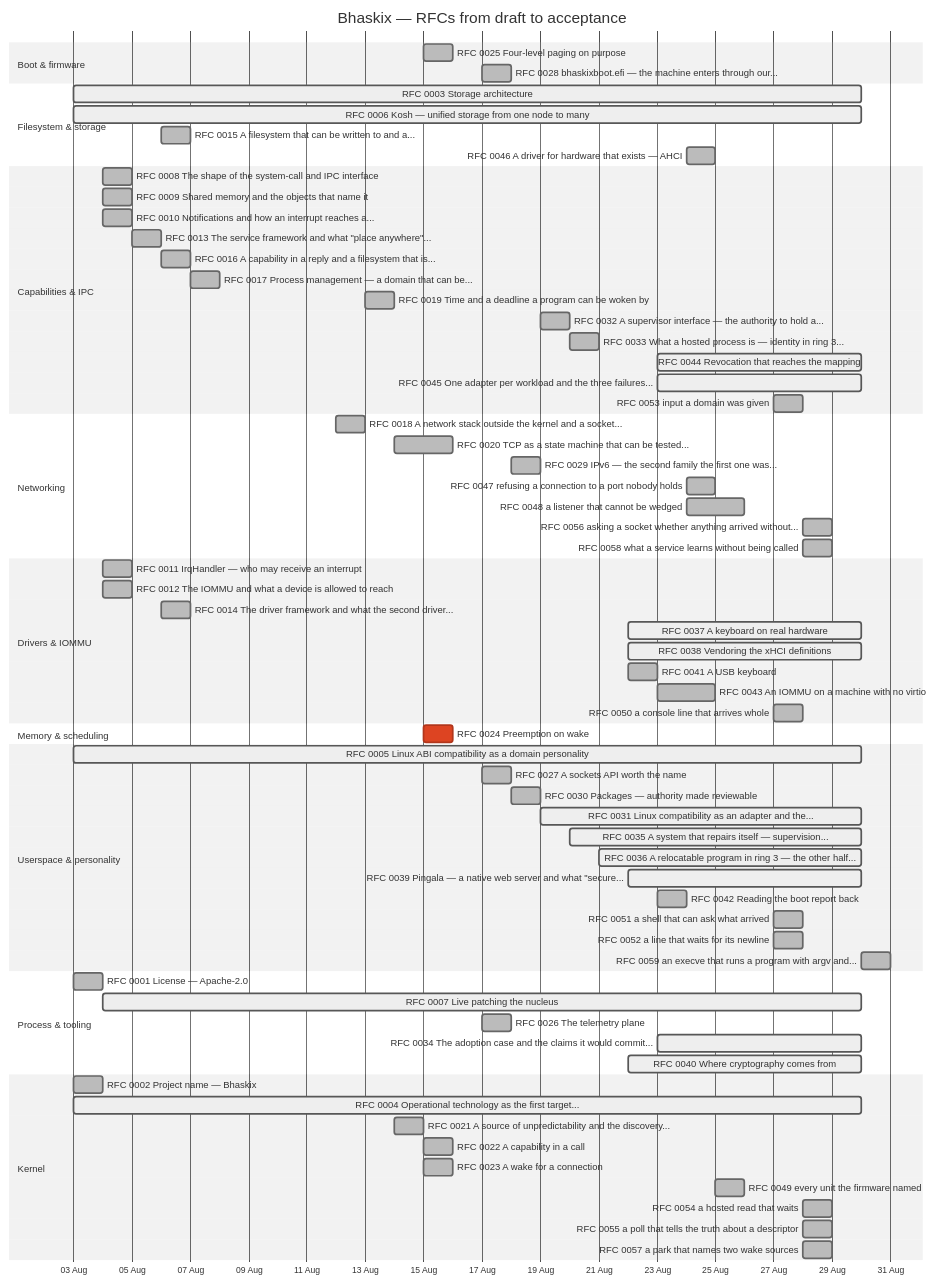
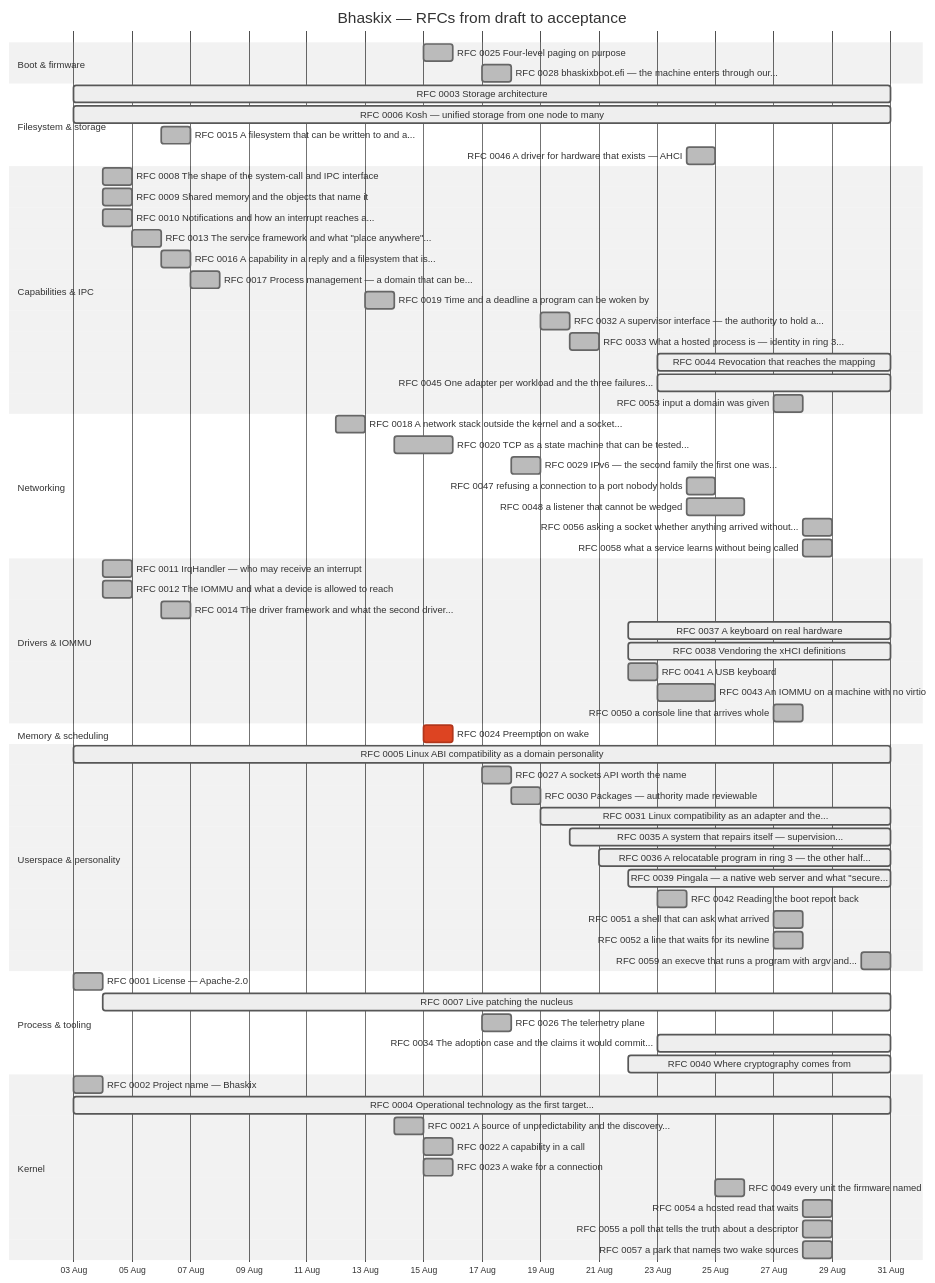
Before and after one commit to bhaskix/bhaskix: the diagram in docs/progress.md, drawn with Mermaid (neutral theme). The commit also changed other lines of this file and 2 other files, not shown here.

First paragraph of the commit message:
sched: a knob to soak the ring itself, and the negative result it produced
No specimen. §3's open contradiction is untouched and the `recent wakes:` line
has still never been read on a real occurrence. This commit is the tool and the
measurement, not a fix.

````diff
--- a/docs/progress.md
+++ b/docs/progress.md
@@ -24,75 +24,75 @@
 ```mermaid
 gantt
     title Bhaskix — RFCs from draft to acceptance
     dateFormat YYYY-MM-DD
     axisFormat %d %b
     todayMarker off
     section Boot & firmware
     RFC 0025 Four-level paging on purpose :done, r0025, 2026-08-15, 2026-08-16
     RFC 0028 bhaskixboot.efi — the machine enters through our... :done, r0028, 2026-08-17, 2026-08-18
     section Filesystem & storage
-    RFC 0003 Storage architecture :active, r0003, 2026-08-03, 2026-08-30
-    RFC 0006 Kosh — unified storage from one node to many :active, r0006, 2026-08-03, 2026-08-30
+    RFC 0003 Storage architecture :active, r0003, 2026-08-03, 2026-08-31
+    RFC 0006 Kosh — unified storage from one node to many :active, r0006, 2026-08-03, 2026-08-31
     RFC 0015 A filesystem that can be written to and a... :done, r0015, 2026-08-06, 1d
     RFC 0046 A driver for hardware that exists — AHCI :done, r0046, 2026-08-24, 1d
     section Capabilities & IPC
     RFC 0008 The shape of the system-call and IPC interface :done, r0008, 2026-08-04, 1d
     RFC 0009 Shared memory and the objects that name it :done, r0009, 2026-08-04, 1d
     RFC 0010 Notifications and how an interrupt reaches a... :done, r0010, 2026-08-04, 1d
     RFC 0013 The service framework and what "place anywhere"... :done, r0013, 2026-08-05, 1d
     RFC 0016 A capability in a reply and a filesystem that is... :done, r0016, 2026-08-06, 2026-08-07
     RFC 0017 Process management — a domain that can be... :done, r0017, 2026-08-07, 1d
     RFC 0019 Time and a deadline a program can be woken by :done, r0019, 2026-08-13, 2026-08-14
     RFC 0032 A supervisor interface — the authority to hold a... :done, r0032, 2026-08-19, 2026-08-20
     RFC 0033 What a hosted process is — identity in ring 3... :done, r0033, 2026-08-20, 1d
-    RFC 0044 Revocation that reaches the mapping :active, r0044, 2026-08-23, 2026-08-30
-    RFC 0045 One adapter per workload and the three failures... :active, r0045, 2026-08-23, 2026-08-30
+    RFC 0044 Revocation that reaches the mapping :active, r0044, 2026-08-23, 2026-08-31
+    RFC 0045 One adapter per workload and the three failures... :active, r0045, 2026-08-23, 2026-08-31
     RFC 0053 input a domain was given :done, r0053, 2026-08-27, 1d
     section Networking
     RFC 0018 A network stack outside the kernel and a socket... :done, r0018, 2026-08-12, 2026-08-13
     RFC 0020 TCP as a state machine that can be tested... :done, r0020, 2026-08-14, 2026-08-16
     RFC 0029 IPv6 — the second family the first one was... :done, r0029, 2026-08-18, 1d
     RFC 0047 refusing a connection to a port nobody holds :done, r0047, 2026-08-24, 1d
     RFC 0048 a listener that cannot be wedged :done, r0048, 2026-08-24, 2026-08-26
     RFC 0056 asking a socket whether anything arrived without... :done, r0056, 2026-08-28, 1d
     RFC 0058 what a service learns without being called :done, r0058, 2026-08-28, 1d
     section Drivers & IOMMU
     RFC 0011 IrqHandler — who may receive an interrupt :done, r0011, 2026-08-04, 1d
     RFC 0012 The IOMMU and what a device is allowed to reach :done, r0012, 2026-08-04, 1d
     RFC 0014 The driver framework and what the second driver... :done, r0014, 2026-08-06, 1d
-    RFC 0037 A keyboard on real hardware :active, r0037, 2026-08-22, 2026-08-30
-    RFC 0038 Vendoring the xHCI definitions :active, r0038, 2026-08-22, 2026-08-30
+    RFC 0037 A keyboard on real hardware :active, r0037, 2026-08-22, 2026-08-31
+    RFC 0038 Vendoring the xHCI definitions :active, r0038, 2026-08-22, 2026-08-31
     RFC 0041 A USB keyboard :done, r0041, 2026-08-22, 2026-08-23
     RFC 0043 An IOMMU on a machine with no virtio :done, r0043, 2026-08-23, 2026-08-25
     RFC 0050 a console line that arrives whole :done, r0050, 2026-08-27, 1d
     section Memory & scheduling
     RFC 0024 Preemption on wake :crit, r0024, 2026-08-15, 1d
     section Userspace & personality
-    RFC 0005 Linux ABI compatibility as a domain personality :active, r0005, 2026-08-03, 2026-08-30
+    RFC 0005 Linux ABI compatibility as a domain personality :active, r0005, 2026-08-03, 2026-08-31
     RFC 0027 A sockets API worth the name :done, r0027, 2026-08-17, 1d
     RFC 0030 Packages — authority made reviewable :done, r0030, 2026-08-18, 2026-08-19
-    RFC 0031 Linux compatibility as an adapter and the... :active, r0031, 2026-08-19, 2026-08-30
-    RFC 0035 A system that repairs itself — supervision... :active, r0035, 2026-08-20, 2026-08-30
-    RFC 0036 A relocatable program in ring 3 — the other half... :active, r0036, 2026-08-21, 2026-08-30
-    RFC 0039 Pingala — a native web server and what "secure... :active, r0039, 2026-08-22, 2026-08-30
+    RFC 0031 Linux compatibility as an adapter and the... :active, r0031, 2026-08-19, 2026-08-31
+    RFC 0035 A system that repairs itself — supervision... :active, r0035, 2026-08-20, 2026-08-31
+    RFC 0036 A relocatable program in ring 3 — the other half... :active, r0036, 2026-08-21, 2026-08-31
+    RFC 0039 Pingala — a native web server and what "secure... :active, r0039, 2026-08-22, 2026-08-31
     RFC 0042 Reading the boot report back :done, r0042, 2026-08-23, 1d
     RFC 0051 a shell that can ask what arrived :done, r0051, 2026-08-27, 1d
     RFC 0052 a line that waits for its newline :done, r0052, 2026-08-27, 1d
     RFC 0059 an execve that runs a program with argv and... :done, r0059, 2026-08-30, 1d
     section Process & tooling
     RFC 0001 License — Apache-2.0 :done, r0001, 2026-08-03, 1d
-    RFC 0007 Live patching the nucleus :active, r0007, 2026-08-04, 2026-08-30
+    RFC 0007 Live patching the nucleus :active, r0007, 2026-08-04, 2026-08-31
     RFC 0026 The telemetry plane :done, r0026, 2026-08-17, 1d
-    RFC 0034 The adoption case and the claims it would commit... :active, r0034, 2026-08-23, 2026-08-30
-    RFC 0040 Where cryptography comes from :active, r0040, 2026-08-22, 2026-08-30
+    RFC 0034 The adoption case and the claims it would commit... :active, r0034, 2026-08-23, 2026-08-31
+    RFC 0040 Where cryptography comes from :active, r0040, 2026-08-22, 2026-08-31
     section Kernel
     RFC 0002 Project name — Bhaskix :done, r0002, 2026-08-03, 1d
-    RFC 0004 Operational technology as the first target... :active, r0004, 2026-08-03, 2026-08-30
+    RFC 0004 Operational technology as the first target... :active, r0004, 2026-08-03, 2026-08-31
     RFC 0021 A source of unpredictability and the discovery... :done, r0021, 2026-08-14, 1d
     RFC 0022 A capability in a call :done, r0022, 2026-08-15, 2026-08-16
     RFC 0023 A wake for a connection :done, r0023, 2026-08-15, 2026-08-16
     RFC 0049 every unit the firmware named :done, r0049, 2026-08-25, 1d
     RFC 0054 a hosted read that waits :done, r0054, 2026-08-28, 1d
     RFC 0055 a poll that tells the truth about a descriptor :done, r0055, 2026-08-28, 1d
     RFC 0057 a park that names two wake sources :done, r0057, 2026-08-28, 1d
 ```
````
